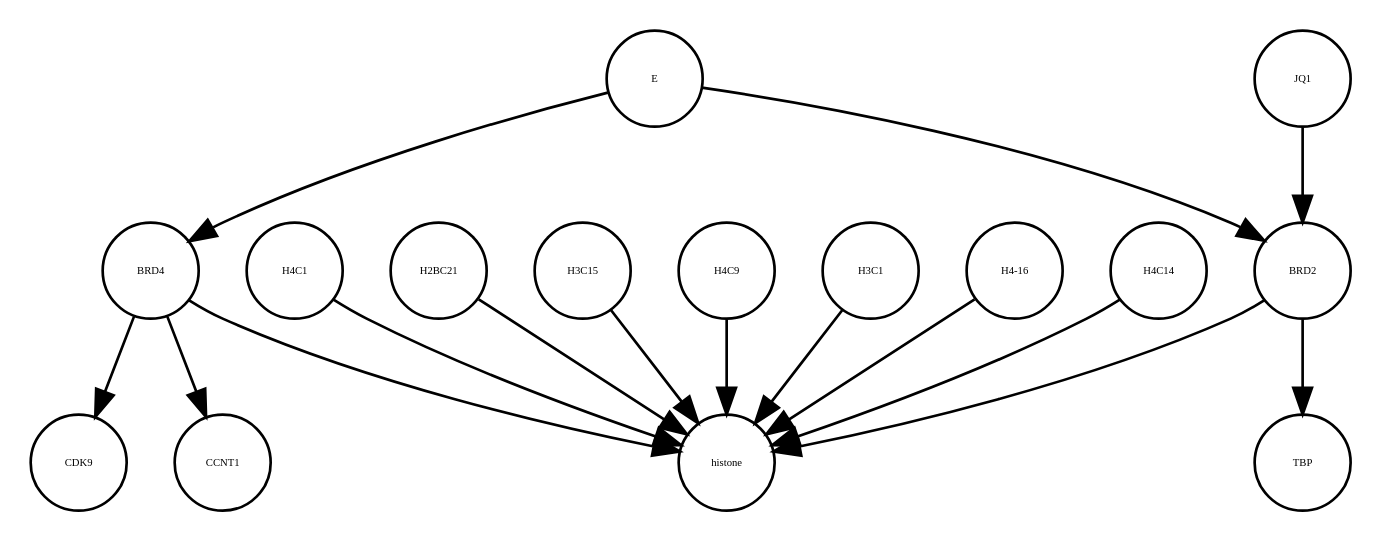
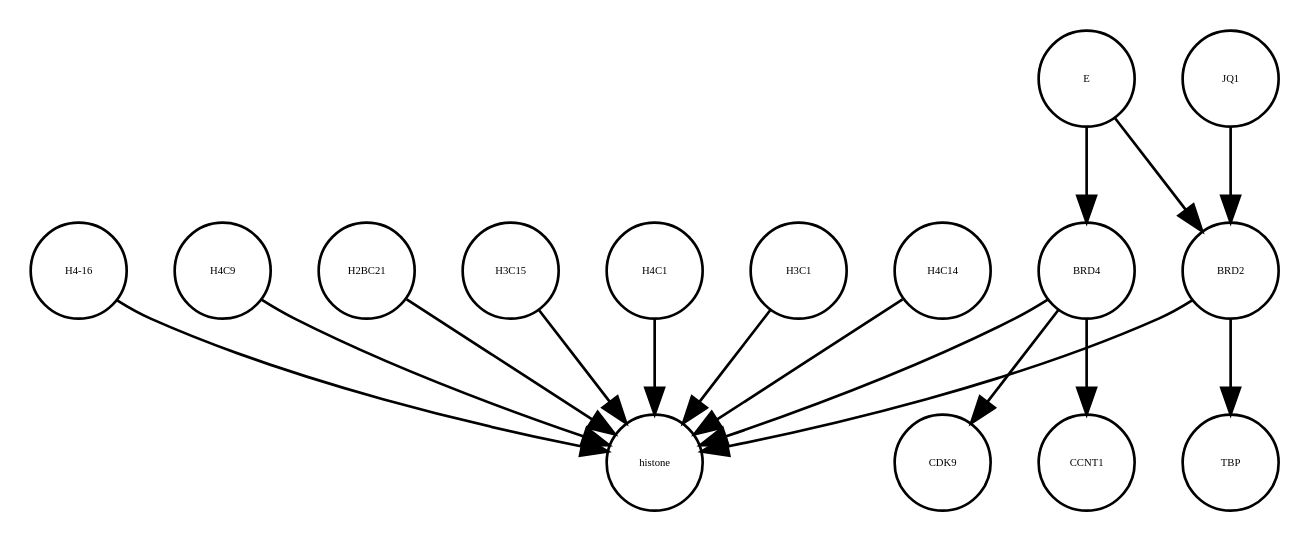
Before and after one commit to cannin/covid19-sbgn: the diagram in E_SARS_CoV_2_22_05_2020.xml_projected.dot, drawn with Graphviz. The commit also changed other lines of this file and 613 other files, not shown here.

```diff
--- a/E_SARS_CoV_2_22_05_2020.xml_projected.dot
+++ b/E_SARS_CoV_2_22_05_2020.xml_projected.dot
@@ -1,32 +1,32 @@
 strict digraph  {
+H4C9 [annotation="", bipartite=0, cls=macromolecule, fontsize=4, label=H4C9, shape=circle];
+H2BC21 [annotation="", bipartite=0, cls=macromolecule, fontsize=4, label=H2BC21, shape=circle];
+H3C15 [annotation="", bipartite=0, cls=macromolecule, fontsize=4, label=H3C15, shape=circle];
+TBP [annotation="", bipartite=0, cls=macromolecule, fontsize=4, label=TBP, shape=circle];
+E [annotation=urn_miriam_ncbiprotein_BCD58755, bipartite=0, cls=macromolecule, fontsize=4, label=E, shape=circle];
+JQ1 [annotation="", bipartite=0, cls=macromolecule, fontsize=4, label=JQ1, shape=circle];
+H4C1 [annotation="", bipartite=0, cls=macromolecule, fontsize=4, label=H4C1, shape=circle];
 CDK9 [annotation="", bipartite=0, cls=macromolecule, fontsize=4, label=CDK9, shape=circle];
-E [annotation=urn_miriam_ncbiprotein_BCD58755, bipartite=0, cls=macromolecule, fontsize=4, label=E, shape=circle];
-H4C1 [annotation="", bipartite=0, cls=macromolecule, fontsize=4, label=H4C1, shape=circle];
-H2BC21 [annotation="", bipartite=0, cls=macromolecule, fontsize=4, label=H2BC21, shape=circle];
+CCNT1 [annotation="", bipartite=0, cls=macromolecule, fontsize=4, label=CCNT1, shape=circle];
+histone [annotation="", bipartite=0, cls=complex, fontsize=4, label=histone, shape=circle];
+H3C1 [annotation="", bipartite=0, cls=macromolecule, fontsize=4, label=H3C1, shape=circle];
 BRD4 [annotation="", bipartite=0, cls=macromolecule, fontsize=4, label=BRD4, shape=circle];
-histone [annotation="", bipartite=0, cls=complex, fontsize=4, label=histone, shape=circle];
-H3C15 [annotation="", bipartite=0, cls=macromolecule, fontsize=4, label=H3C15, shape=circle];
-JQ1 [annotation="", bipartite=0, cls=macromolecule, fontsize=4, label=JQ1, shape=circle];
-H4C9 [annotation="", bipartite=0, cls=macromolecule, fontsize=4, label=H4C9, shape=circle];
 BRD2 [annotation="", bipartite=0, cls=macromolecule, fontsize=4, label=BRD2, shape=circle];
-TBP [annotation="", bipartite=0, cls=macromolecule, fontsize=4, label=TBP, shape=circle];
-H3C1 [annotation="", bipartite=0, cls=macromolecule, fontsize=4, label=H3C1, shape=circle];
-CCNT1 [annotation="", bipartite=0, cls=macromolecule, fontsize=4, label=CCNT1, shape=circle];
+H4C14 [annotation="", bipartite=0, cls=macromolecule, fontsize=4, label=H4C14, shape=circle];
 "H4-16" [annotation="", bipartite=0, cls=macromolecule, fontsize=4, label="H4-16", shape=circle];
-H4C14 [annotation="", bipartite=0, cls=macromolecule, fontsize=4, label=H4C14, shape=circle];
+H4C9 -> histone  [annotation="", interaction_type=production];
+H2BC21 -> histone  [annotation="", interaction_type=production];
+H3C15 -> histone  [annotation="", interaction_type=production];
 E -> BRD4  [annotation="urn_miriam_doi_10.1038%2Fs41586-020-2286-9", interaction_type=inhibition];
 E -> BRD2  [annotation="urn_miriam_doi_10.1038%2Fs41586-020-2286-9|urn_miriam_doi_10.1080%2F15592294.2018.1469891", interaction_type=inhibition];
+JQ1 -> BRD2  [annotation="urn_miriam_doi_10.1038%2Fs41586-020-2286-9|urn_miriam_doi_10.1080%2F15592294.2018.1469891", interaction_type=inhibition];
 H4C1 -> histone  [annotation="", interaction_type=production];
-H2BC21 -> histone  [annotation="", interaction_type=production];
-BRD4 -> CCNT1  [annotation="", interaction_type=catalysis];
+H3C1 -> histone  [annotation="", interaction_type=production];
 BRD4 -> CDK9  [annotation=urn_miriam_taxonomy_10090, interaction_type=catalysis];
 BRD4 -> histone  [annotation="urn_miriam_doi_10.1038%2Fnsmb.3228.|urn_miriam_doi_10.1016%2Fj.molcel.2008.01.018", interaction_type=catalysis];
-H3C15 -> histone  [annotation="", interaction_type=production];
-JQ1 -> BRD2  [annotation="urn_miriam_doi_10.1038%2Fs41586-020-2286-9|urn_miriam_doi_10.1080%2F15592294.2018.1469891", interaction_type=inhibition];
-H4C9 -> histone  [annotation="", interaction_type=production];
+BRD4 -> CCNT1  [annotation="", interaction_type=catalysis];
+BRD2 -> TBP  [annotation="urn_miriam_doi_10.1007%2Fs11010-006-9223-6", interaction_type=catalysis];
 BRD2 -> histone  [annotation="urn_miriam_doi_10.1038%2Fnsmb.3228.|urn_miriam_doi_10.1016%2Fj.molcel.2008.01.018", interaction_type=catalysis];
-BRD2 -> TBP  [annotation="urn_miriam_doi_10.1007%2Fs11010-006-9223-6", interaction_type=catalysis];
-H3C1 -> histone  [annotation="", interaction_type=production];
+H4C14 -> histone  [annotation="", interaction_type=production];
 "H4-16" -> histone  [annotation="", interaction_type=production];
-H4C14 -> histone  [annotation="", interaction_type=production];
 }
```
